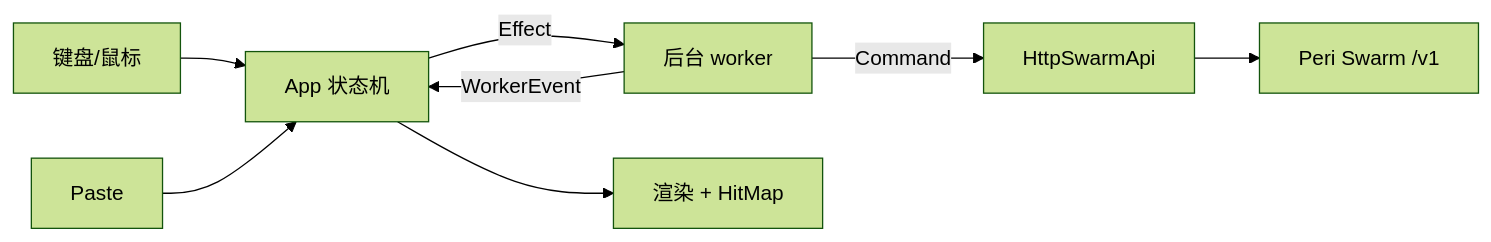
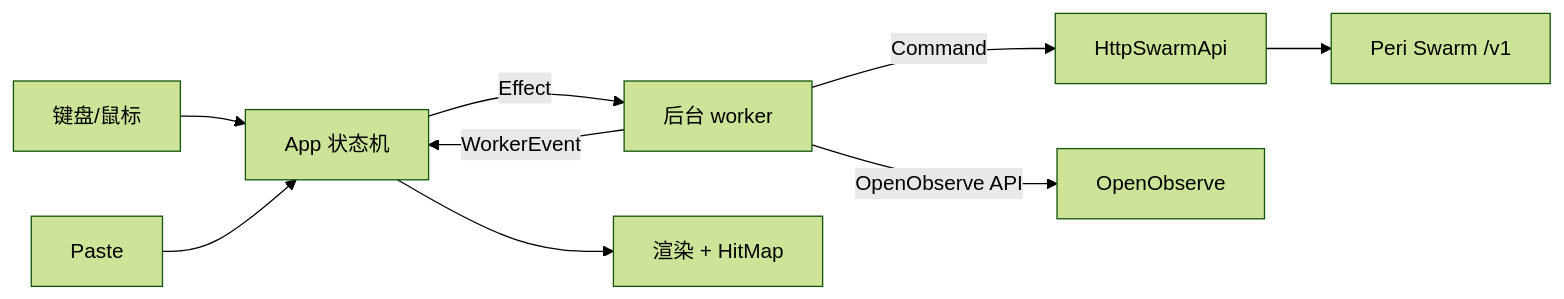
One commit to KonghaYao/peri changed the diagram in docs/design/peri-swarm-dashboard.md. Above: the diagram before and after it, drawn with Mermaid (forest theme). The commit also changed other lines of this file and 5 other files, not shown here.

````diff
--- a/docs/design/peri-swarm-dashboard.md
+++ b/docs/design/peri-swarm-dashboard.md
@@ -34,10 +45,11 @@
 ```mermaid
 flowchart LR
   Key[键盘/鼠标] --> App[App 状态机]
   Paste[Paste] --> App
   App -->|Effect| Worker[后台 worker]
   Worker -->|Command| API[HttpSwarmApi]
+  Worker -->|OpenObserve API| OO[OpenObserve]
   API --> Gateway[Peri Swarm /v1]
   Worker -->|WorkerEvent| App
   App --> UI[渲染 + HitMap]
 ```
````
